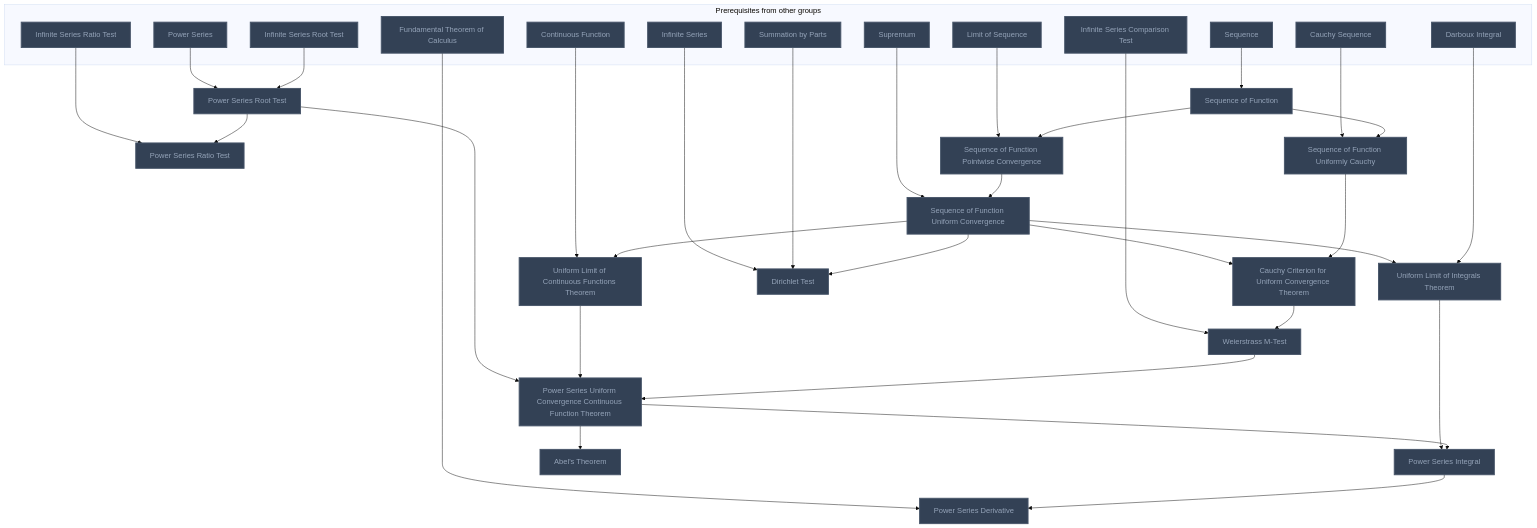
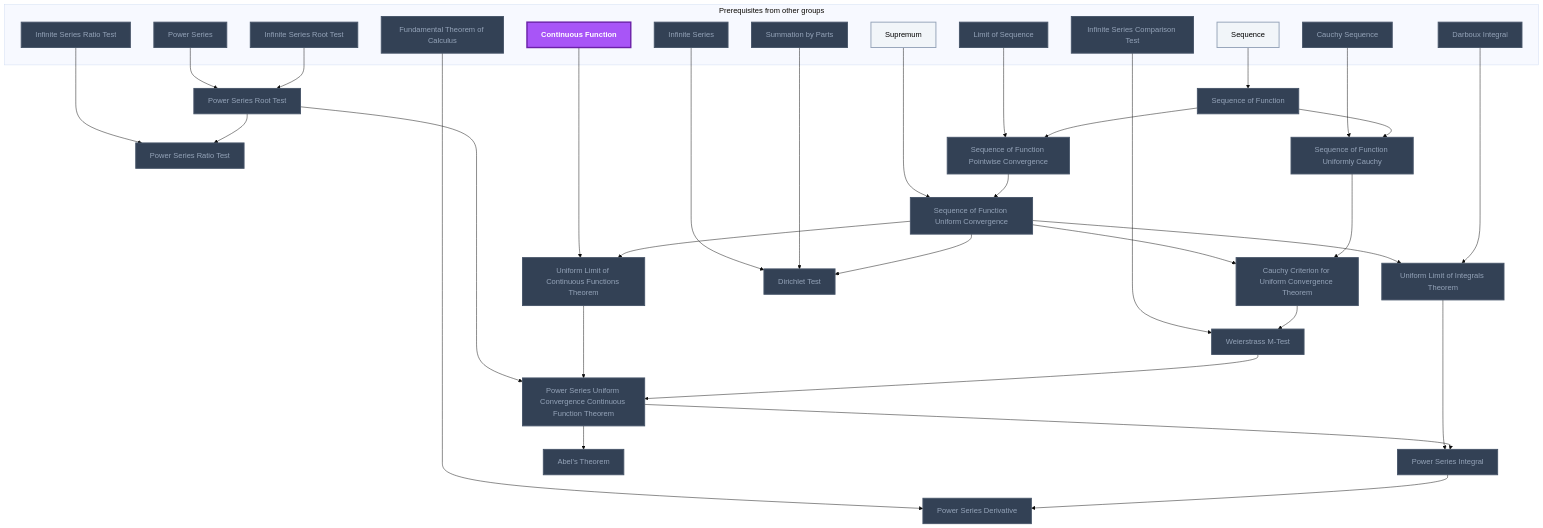
Before and after one commit to MRauf1/My-Notes: the eighth of 22 diagrams in Gamification/Skill Trees/Real Analysis.md, drawn with Mermaid (base theme). The commit also changed other lines of this file and 156 other files, not shown here.

````diff
--- a/Gamification/Skill Trees/Real Analysis.md
+++ b/Gamification/Skill Trees/Real Analysis.md
@@ -747,74 +761,76 @@
 ```mermaid
 flowchart TD
     classDef planned fill:#1E293B,stroke:#64748B,stroke-width:2px,stroke-dasharray:5 5,color:#94A3B8;
     classDef locked fill:#334155,stroke:#475569,stroke-width:2px,color:#94A3B8;
     classDef L0 fill:#F1F5F9,stroke:#94A3B8,stroke-width:2px,color:#000000;
     classDef L1 fill:#22C55E,stroke:#15803D,stroke-width:2px,color:#000000;
     classDef L2 fill:#3B82F6,stroke:#1D4ED8,stroke-width:3px,color:#FFFFFF;
     classDef L3 fill:#A855F7,stroke:#6B21A8,stroke-width:3px,color:#FFFFFF,font-weight:bold;
     classDef L4 fill:#F97316,stroke:#C2410C,stroke-width:4px,color:#000000,font-weight:bold;
     classDef L5 fill:#FFD700,stroke:#FF8C00,stroke-width:5px,color:#000000,font-weight:bold;
     classDef rusty stroke:#8B4513,stroke-width:4px,stroke-dasharray:3 3;
     subgraph sg_prereqs["Prerequisites from other groups"]
         n_power_series["Power Series"]
         n_infinite_series_root_test["Infinite Series Root Test"]
         n_infinite_series_ratio_test["Infinite Series Ratio Test"]
         n_sequence["Sequence"]
         n_limit_of_sequence["Limit of Sequence"]
         n_supremum["Supremum"]
         n_continuous_function["Continuous Function"]
         n_darboux_integral["Darboux Integral"]
         n_cauchy_sequence["Cauchy Sequence"]
         n_infinite_series_comparison_test["Infinite Series Comparison Test"]
         n_fundamental_theorem_of_calculus["Fundamental Theorem of Calculus"]
         n_infinite_series["Infinite Series"]
         n_summation_by_parts["Summation by Parts"]
     end
     n_power_series_root_test["Power Series Root Test"]
     n_power_series_ratio_test["Power Series Ratio Test"]
     n_sequence_of_function["Sequence of Function"]
     n_sequence_of_function_pointwise_convergence["Sequence of Function Pointwise Convergence"]
     n_sequence_of_function_uniform_convergence["Sequence of Function Uniform Convergence"]
     n_uniform_limit_of_continuous_functions_theorem["Uniform Limit of Continuous Functions Theorem"]
     n_uniform_limit_of_integrals_theorem["Uniform Limit of Integrals Theorem"]
     n_cauchy_criterion_for_uniform_convergence_theorem["Cauchy Criterion for Uniform Convergence Theorem"]
     n_sequence_of_function_uniformly_cauchy["Sequence of Function Uniformly Cauchy"]
     n_weierstrass_m_test["Weierstrass M-Test"]
     n_power_series_uniform_convergence_continuous_function_theorem["Power Series Uniform Convergence Continuous Function Theorem"]
     n_power_series_derivative["Power Series Derivative"]
     n_power_series_integral["Power Series Integral"]
     n_abel_s_theorem["Abel's Theorem"]
     n_dirichlet_test["Dirichlet Test"]
     n_power_series --> n_power_series_root_test
     n_infinite_series_root_test --> n_power_series_root_test
     n_infinite_series_ratio_test --> n_power_series_ratio_test
     n_power_series_root_test --> n_power_series_ratio_test
     n_sequence --> n_sequence_of_function
     n_limit_of_sequence --> n_sequence_of_function_pointwise_convergence
     n_sequence_of_function --> n_sequence_of_function_pointwise_convergence
     n_supremum --> n_sequence_of_function_uniform_convergence
     n_sequence_of_function_pointwise_convergence --> n_sequence_of_function_uniform_convergence
     n_continuous_function --> n_uniform_limit_of_continuous_functions_theorem
     n_sequence_of_function_uniform_convergence --> n_uniform_limit_of_continuous_functions_theorem
     n_sequence_of_function_uniform_convergence --> n_uniform_limit_of_integrals_theorem
     n_darboux_integral --> n_uniform_limit_of_integrals_theorem
     n_sequence_of_function_uniform_convergence --> n_cauchy_criterion_for_uniform_convergence_theorem
     n_sequence_of_function_uniformly_cauchy --> n_cauchy_criterion_for_uniform_convergence_theorem
     n_cauchy_sequence --> n_sequence_of_function_uniformly_cauchy
     n_sequence_of_function --> n_sequence_of_function_uniformly_cauchy
     n_infinite_series_comparison_test --> n_weierstrass_m_test
     n_cauchy_criterion_for_uniform_convergence_theorem --> n_weierstrass_m_test
     n_power_series_root_test --> n_power_series_uniform_convergence_continuous_function_theorem
     n_uniform_limit_of_continuous_functions_theorem --> n_power_series_uniform_convergence_continuous_function_theorem
     n_weierstrass_m_test --> n_power_series_uniform_convergence_continuous_function_theorem
     n_fundamental_theorem_of_calculus --> n_power_series_derivative
     n_power_series_integral --> n_power_series_derivative
     n_uniform_limit_of_integrals_theorem --> n_power_series_integral
     n_power_series_uniform_convergence_continuous_function_theorem --> n_power_series_integral
     n_power_series_uniform_convergence_continuous_function_theorem --> n_abel_s_theorem
     n_infinite_series --> n_dirichlet_test
     n_summation_by_parts --> n_dirichlet_test
     n_sequence_of_function_uniform_convergence --> n_dirichlet_test
-    class n_power_series,n_infinite_series_root_test,n_infinite_series_ratio_test,n_sequence,n_limit_of_sequence,n_supremum,n_continuous_function,n_darboux_integral,n_cauchy_sequence,n_infinite_series_comparison_test,n_fundamental_theorem_of_calculus,n_infinite_series,n_summation_by_parts,n_power_series_root_test,n_power_series_ratio_test,n_sequence_of_function,n_sequence_of_function_pointwise_convergence,n_sequence_of_function_uniform_convergence,n_uniform_limit_of_continuous_functions_theorem,n_uniform_limit_of_integrals_theorem,n_cauchy_criterion_for_uniform_convergence_theorem,n_sequence_of_function_uniformly_cauchy,n_weierstrass_m_test,n_power_series_uniform_convergence_continuous_function_theorem,n_power_series_derivative,n_power_series_integral,n_abel_s_theorem,n_dirichlet_test locked;
+    class n_power_series,n_infinite_series_root_test,n_infinite_series_ratio_test,n_limit_of_sequence,n_darboux_integral,n_cauchy_sequence,n_infinite_series_comparison_test,n_fundamental_theorem_of_calculus,n_infinite_series,n_summation_by_parts,n_power_series_root_test,n_power_series_ratio_test,n_sequence_of_function,n_sequence_of_function_pointwise_convergence,n_sequence_of_function_uniform_convergence,n_uniform_limit_of_continuous_functions_theorem,n_uniform_limit_of_integrals_theorem,n_cauchy_criterion_for_uniform_convergence_theorem,n_sequence_of_function_uniformly_cauchy,n_weierstrass_m_test,n_power_series_uniform_convergence_continuous_function_theorem,n_power_series_derivative,n_power_series_integral,n_abel_s_theorem,n_dirichlet_test locked;
+    class n_sequence,n_supremum L0;
+    class n_continuous_function L3;
     class n_power_series,n_infinite_series_root_test,n_infinite_series_ratio_test,n_sequence,n_limit_of_sequence,n_supremum,n_continuous_function,n_darboux_integral,n_cauchy_sequence,n_infinite_series_comparison_test,n_fundamental_theorem_of_calculus,n_infinite_series,n_summation_by_parts,n_power_series_root_test,n_power_series_ratio_test,n_sequence_of_function,n_sequence_of_function_pointwise_convergence,n_sequence_of_function_uniform_convergence,n_uniform_limit_of_continuous_functions_theorem,n_uniform_limit_of_integrals_theorem,n_cauchy_criterion_for_uniform_convergence_theorem,n_sequence_of_function_uniformly_cauchy,n_weierstrass_m_test,n_power_series_uniform_convergence_continuous_function_theorem,n_power_series_derivative,n_power_series_integral,n_abel_s_theorem,n_dirichlet_test internal-link;
 ```
````
